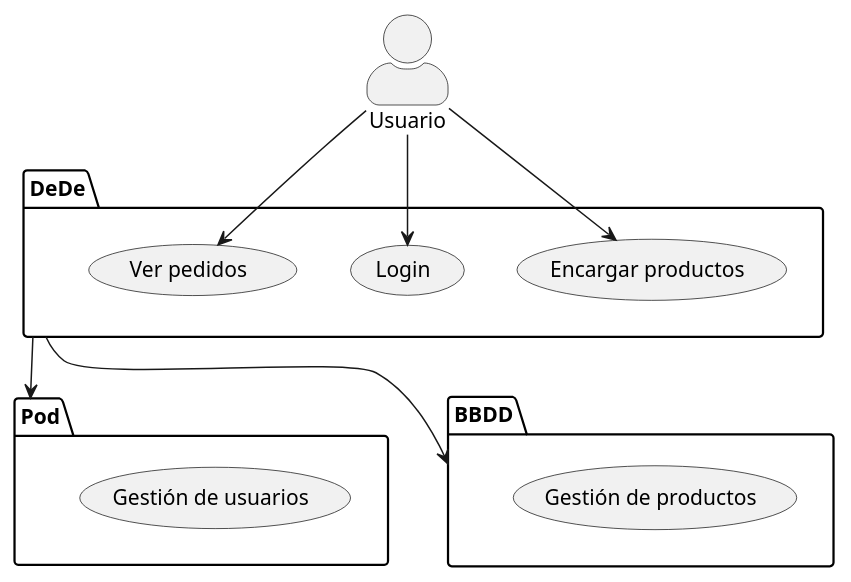
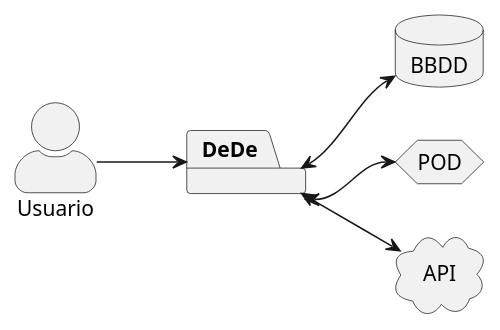
Before and after one commit to Arquisoft/dede_es4c: the diagram in docs/03_system_scope_and_context.adoc, drawn with PlantUML. The commit also changed other lines of this file, not shown here.

Commit message:
Actualizado el diagrama de contexto
Actualizado el diagrama de contexto para que se ajustara a lo pedido.

```diff
--- a/docs/03_system_scope_and_context.adoc
+++ b/docs/03_system_scope_and_context.adoc
@@ -6,21 +6,16 @@
 [plantuml,"Business Context Diagram",png]
 ----
+left to right direction
 skinparam actorStyle awesome
 actor Usuario as g
 package DeDe {
-    usecase "Encargar productos" as UC1
-    usecase "Login" as UC2
-    usecase "Ver pedidos" as UC3
+
 }
-package Pod {
-    usecase "Gestión de usuarios" as UC4
-}
-package BBDD {
-    usecase "Gestión de productos" as UC5
-}
-g --> UC1
-g --> UC2
-g --> UC3
-DeDe --> Pod
-DeDe --> BBDD
+database BBDD
+hexagon POD
+cloud API
+g --> DeDe
+DeDe <--> POD
+DeDe <--> BBDD
+DeDe <--> API
 ----
```
